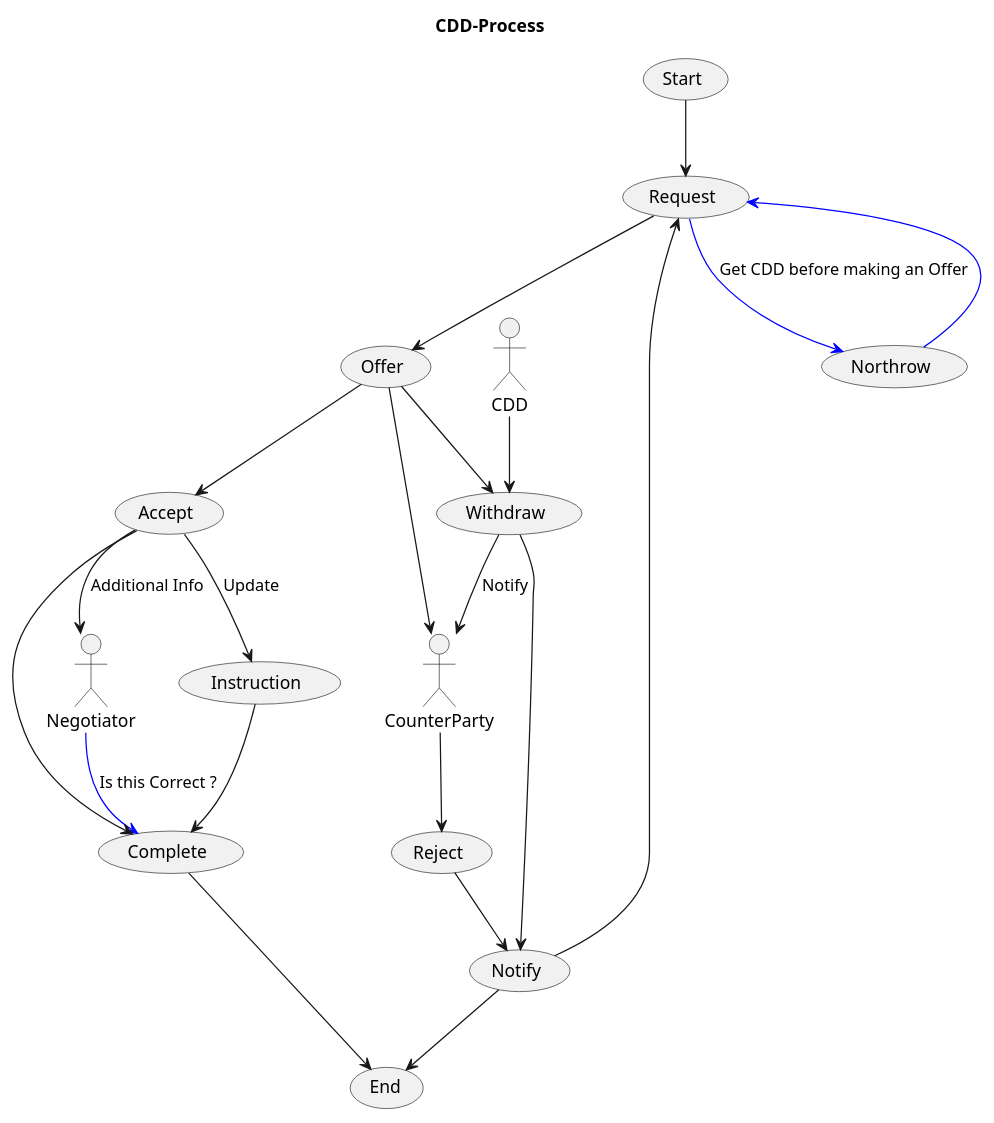
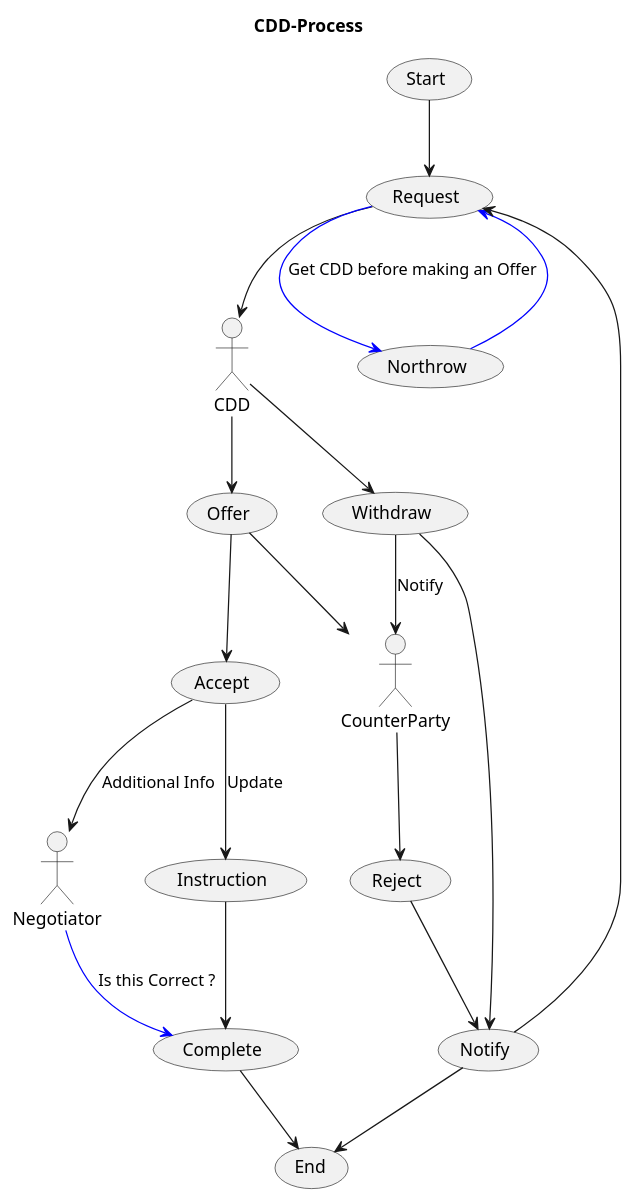
One commit to Kf-GaryNewport/Kf-GaryNewport.github.io changed the diagram in assets/CDD-Process.puml. Above: the diagram before and after it, drawn with PlantUML.

```diff
--- a/assets/CDD-Process.puml
+++ b/assets/CDD-Process.puml
@@ -1,32 +1,31 @@
 @startuml CDDProcess
 
 title CDD-Process
 
 (Start) --> (Request)
-(Request) --> (Offer)
+(Request) --> CDD
 (Request) -[#0000FF]-> (Northrow) : Get CDD before making an Offer
 (Northrow) -[#0000FF]-> (Request)
 
 (Offer) --> (Accept)
 (Offer) --> CounterParty
 CounterParty --> (Reject)
-(Offer) --> (Withdraw)
 
+CDD --> Offer
 CDD --> (Withdraw)
 (Withdraw) --> CounterParty : Notify
 
 (Accept) --> Negotiator : Additional Info
 (Accept) --> (Instruction) : Update
 Negotiator -[#0000FF]-> (Complete) : Is this Correct ?
 (Instruction) --> (Complete) 
 
 (Reject) --> (Notify)
 (Withdraw) --> (Notify)
 
 (Notify) --> (Request)
 (Notify) --> (End)
 
-(Accept) --> (Complete)
 (Complete) --> (End)
 
 @enduml
```
